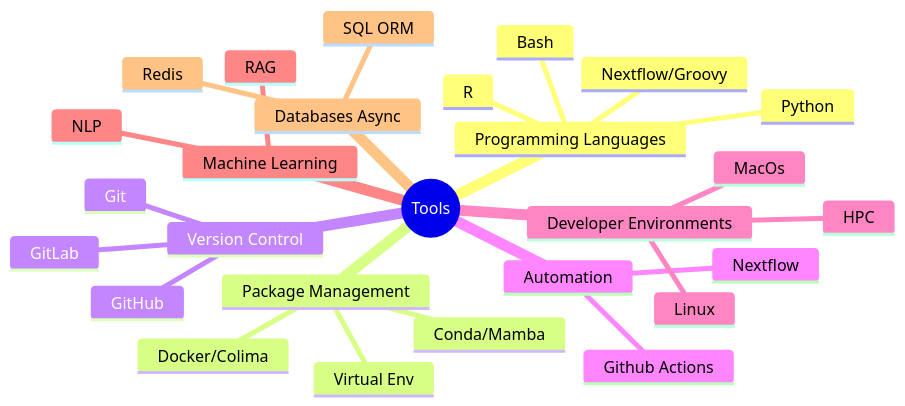
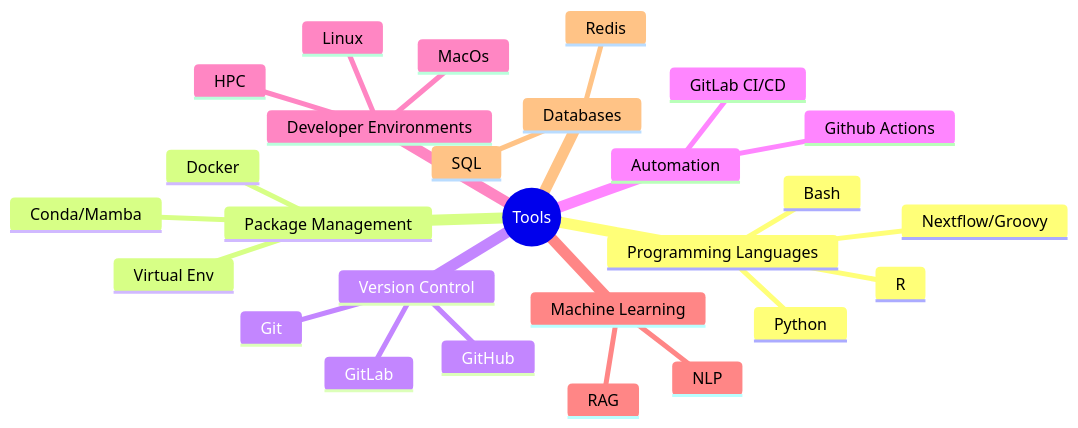
The diagram in README.md (gorbruno/gorbruno), drawn with Mermaid before and after one commit. The commit also changed other lines of this file, not shown here.

````diff
--- a/README.md
+++ b/README.md
@@ -12,30 +10,30 @@
 ```mermaid
 mindmap
   root((Tools))
     Programming Languages
       Bash
       Nextflow/Groovy
       R
       Python
     Package Management
       Conda/Mamba
-      Docker/Colima
+      Docker
       Virtual Env
     Version Control
       Git
       GitHub
       GitLab
     Automation
       Github Actions
-      Nextflow
+      GitLab CI/CD
     Developer Environments
       MacOs
       Linux
       HPC
     Machine Learning
       NLP
       RAG
-    Databases Async
-      SQL ORM
+    Databases
+      SQL
       Redis
 ```
````
